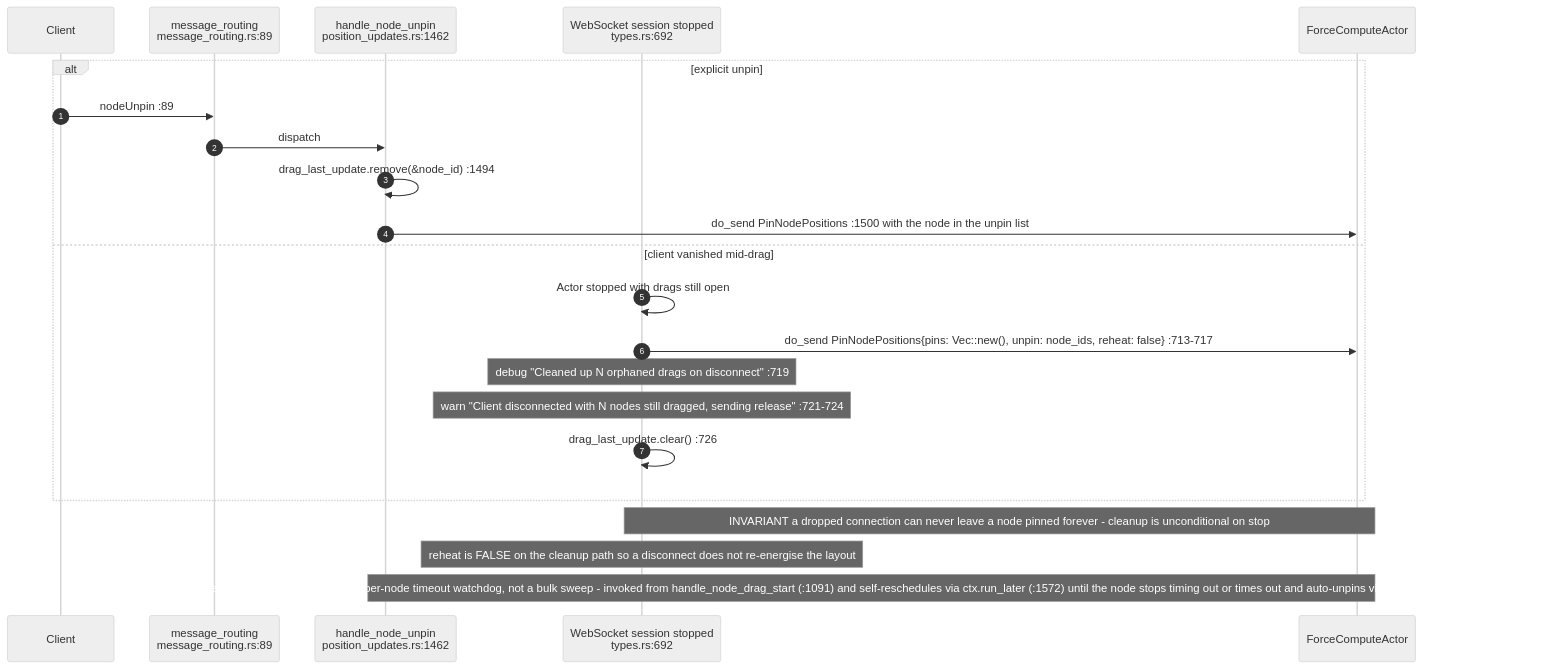
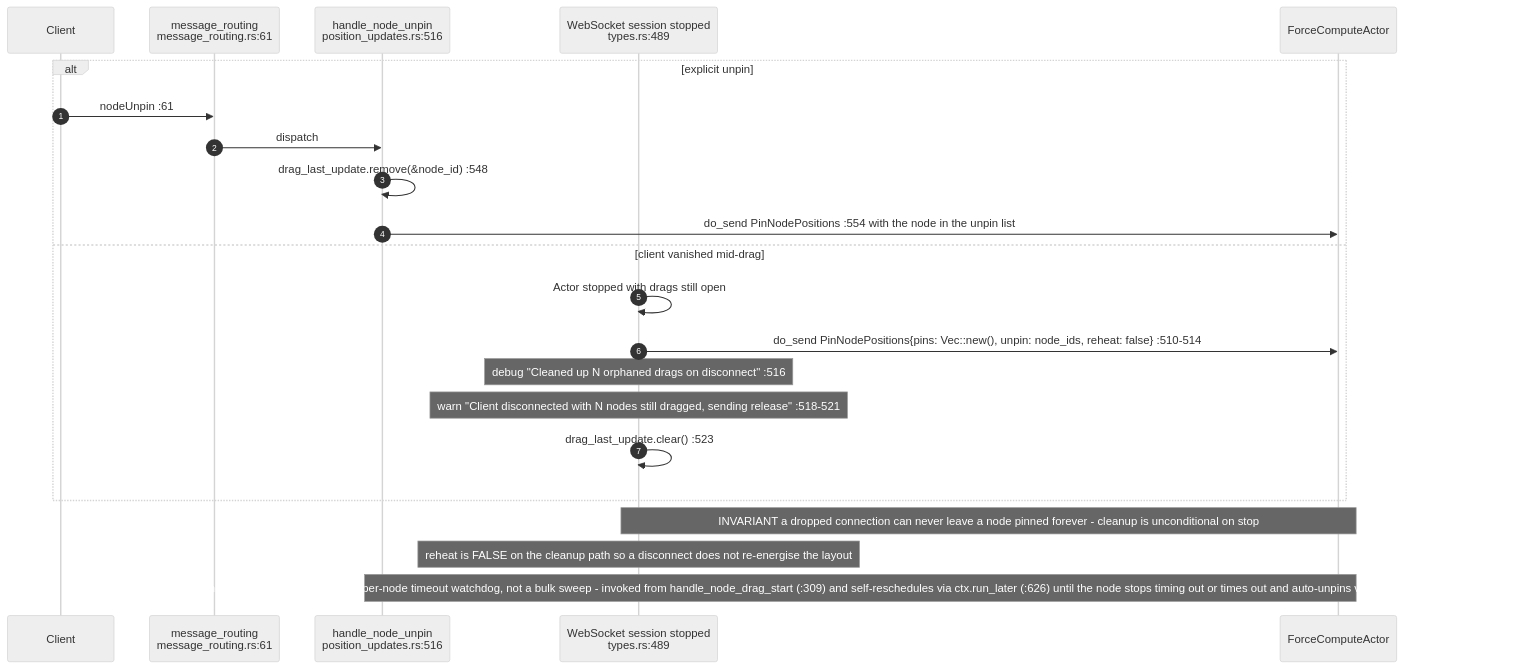
One commit to DreamLab-AI/VisionFlow changed the third of 8 diagrams in docs/diagrams/visionclaw/16-interaction-drag-pin-layout.md. Above: the diagram before and after it, drawn with Mermaid (neutral theme). The commit also changed other lines of this file and 160 other files, not shown here.

````diff
--- a/docs/diagrams/visionclaw/16-interaction-drag-pin-layout.md
+++ b/docs/diagrams/visionclaw/16-interaction-drag-pin-layout.md
@@ -92,25 +95,25 @@
 ```mermaid
 sequenceDiagram
     autonumber
     participant C as Client
-    participant MR as message_routing<br/>message_routing.rs:89
-    participant HU as handle_node_unpin<br/>position_updates.rs:1462
-    participant SESS as WebSocket session stopped<br/>types.rs:692
+    participant MR as message_routing<br/>message_routing.rs:61
+    participant HU as handle_node_unpin<br/>position_updates.rs:516
+    participant SESS as WebSocket session stopped<br/>types.rs:489
     participant FCA as ForceComputeActor
 
     alt explicit unpin
-        C->>MR: nodeUnpin :89
+        C->>MR: nodeUnpin :61
         MR->>HU: dispatch
-        HU->>HU: drag_last_update.remove(&node_id) :1494
-        HU->>FCA: do_send PinNodePositions :1500 with the node in the unpin list
+        HU->>HU: drag_last_update.remove(&node_id) :548
+        HU->>FCA: do_send PinNodePositions :554 with the node in the unpin list
     else client vanished mid-drag
         SESS->>SESS: Actor stopped with drags still open
-        SESS->>FCA: do_send PinNodePositions{pins: Vec::new(), unpin: node_ids, reheat: false} :713-717
-        Note over SESS: debug "Cleaned up N orphaned drags on disconnect" :719
-        Note over SESS: warn "Client disconnected with N nodes still dragged, sending release" :721-724
-        SESS->>SESS: drag_last_update.clear() :726
+        SESS->>FCA: do_send PinNodePositions{pins: Vec::new(), unpin: node_ids, reheat: false} :510-514
+        Note over SESS: debug "Cleaned up N orphaned drags on disconnect" :516
+        Note over SESS: warn "Client disconnected with N nodes still dragged, sending release" :518-521
+        SESS->>SESS: drag_last_update.clear() :523
     end
     Note over SESS,FCA: INVARIANT a dropped connection can never leave a node pinned forever - cleanup is unconditional on stop
     Note over SESS: reheat is FALSE on the cleanup path so a disconnect does not re-energise the layout
-    Note over HU,FCA: check_drag_timeout (:1523) is a per-node timeout watchdog, not a bulk sweep - invoked from handle_node_drag_start (:1091) and self-reschedules via ctx.run_later (:1572) until the node stops timing out or times out and auto-unpins via PinNodePositions (:1540-1562)
+    Note over HU,FCA: check_drag_timeout (:577) is a per-node timeout watchdog, not a bulk sweep - invoked from handle_node_drag_start (:309) and self-reschedules via ctx.run_later (:626) until the node stops timing out or times out and auto-unpins via PinNodePositions (:594-616)
 ```
````
